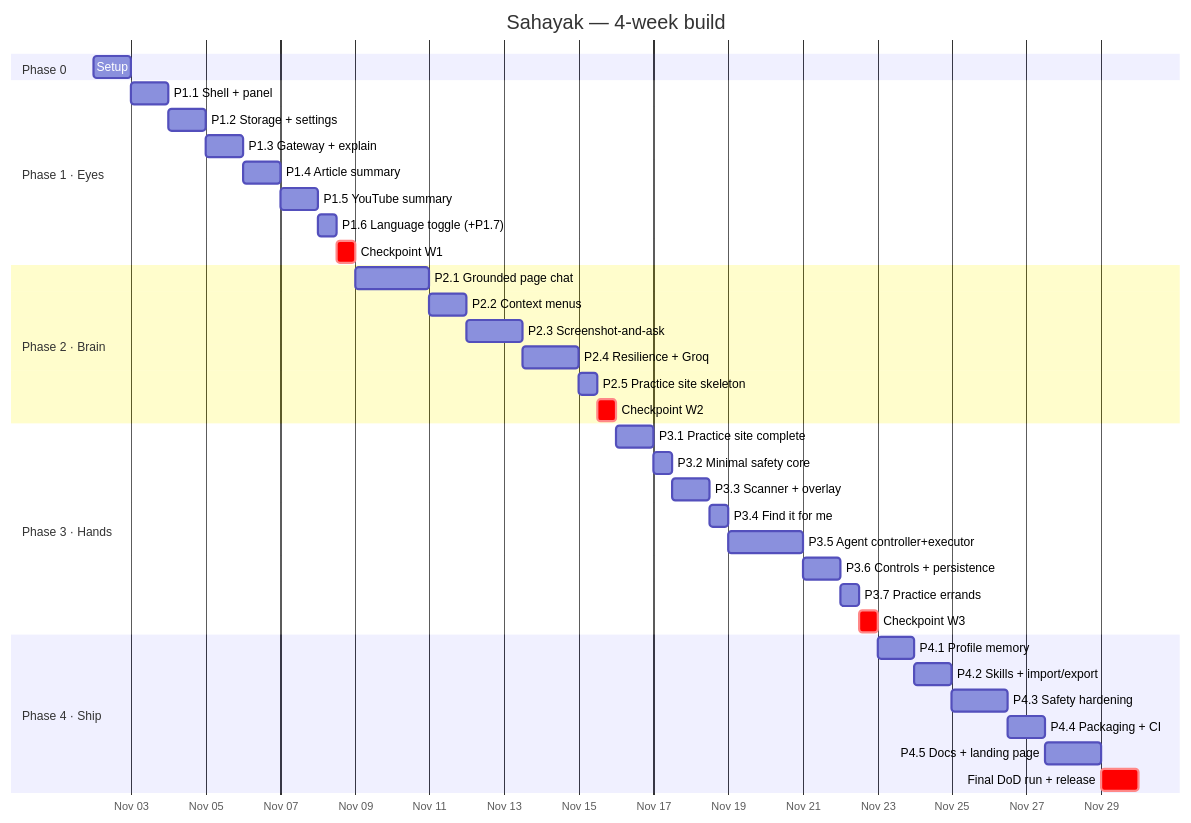
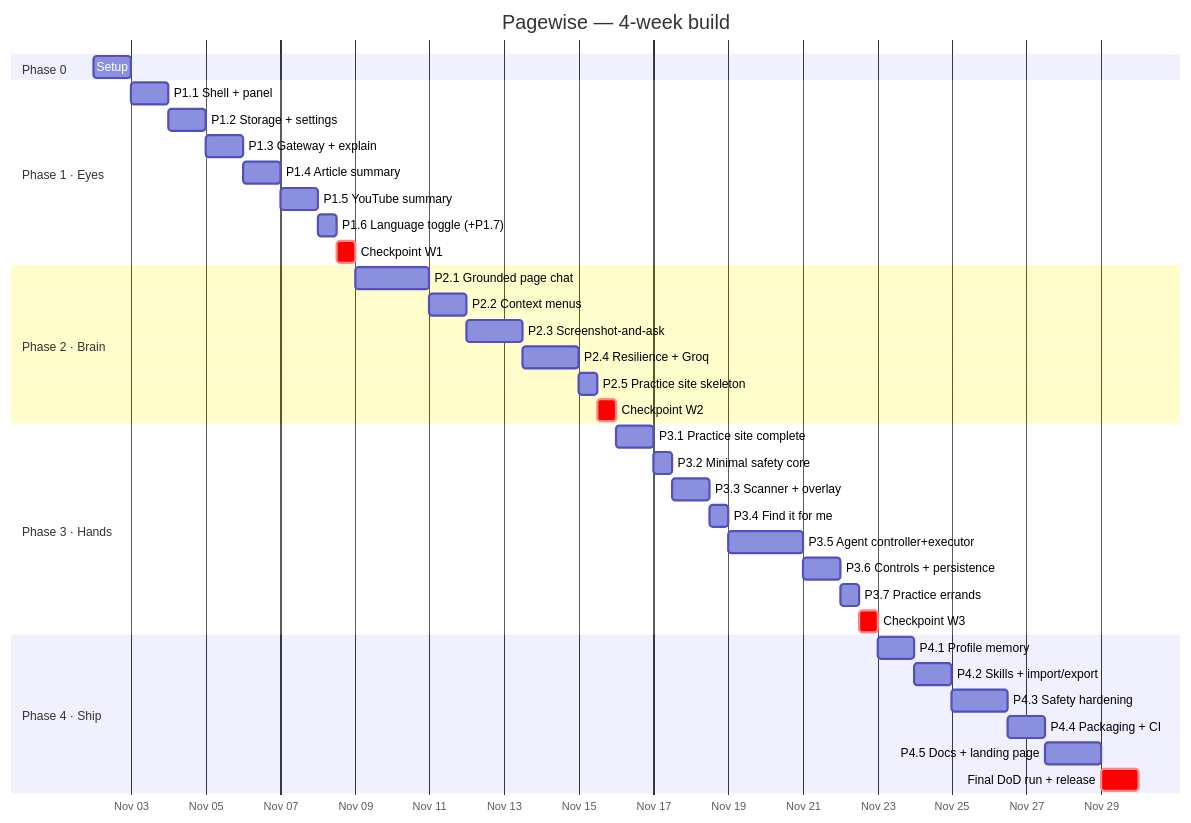
The diagram in docs/implementation-plan.md (Sreeramaiml/ai-browser), drawn with Mermaid before and after one commit. The commit also changed other lines of this file and 102 other files, not shown here.

First line of the commit message:
Rename Sahayak to Pagewise

````diff
--- a/docs/implementation-plan.md
+++ b/docs/implementation-plan.md
@@ -44,40 +44,40 @@
 ```mermaid
 gantt
-    title Sahayak — 4-week build
+    title Pagewise — 4-week build
     dateFormat  YYYY-MM-DD HH:mm
     axisFormat  %b %d
     %% Day 1 = first day of the build; shift the start date to your actual start.
     section Phase 0
     Setup                          :p0,  2026-11-02 00:00, 1d
     section Phase 1 · Eyes
     P1.1 Shell + panel             :p11, after p0,  1d
     P1.2 Storage + settings        :p12, after p11, 1d
     P1.3 Gateway + explain         :p13, after p12, 1d
     P1.4 Article summary           :p14, after p13, 1d
     P1.5 YouTube summary           :p15, after p14, 1d
     P1.6 Language toggle (+P1.7)   :p16, after p15, 12h
     Checkpoint W1                  :crit, c1, after p16, 12h
     section Phase 2 · Brain
     P2.1 Grounded page chat        :p21, after c1,  2d
     P2.2 Context menus             :p22, after p21, 1d
     P2.3 Screenshot-and-ask        :p23, after p22, 36h
     P2.4 Resilience + Groq         :p24, after p23, 36h
     P2.5 Practice site skeleton    :p25, after p24, 12h
     Checkpoint W2                  :crit, c2, after p25, 12h
     section Phase 3 · Hands
     P3.1 Practice site complete    :p31, after c2,  1d
     P3.2 Minimal safety core       :p32, after p31, 12h
     P3.3 Scanner + overlay         :p33, after p32, 1d
     P3.4 Find it for me            :p34, after p33, 12h
     P3.5 Agent controller+executor :p35, after p34, 2d
     P3.6 Controls + persistence    :p36, after p35, 1d
     P3.7 Practice errands          :p37, after p36, 12h
     Checkpoint W3                  :crit, c3, after p37, 12h
     section Phase 4 · Ship
     P4.1 Profile memory            :p41, after c3,  1d
     P4.2 Skills + import/export    :p42, after p41, 1d
     P4.3 Safety hardening          :p43, after p42, 36h
     P4.4 Packaging + CI            :p44, after p43, 1d
     P4.5 Docs + landing page       :p45, after p44, 36h
     Final DoD run + release        :crit, c4, after p45, 1d
 ```
````
